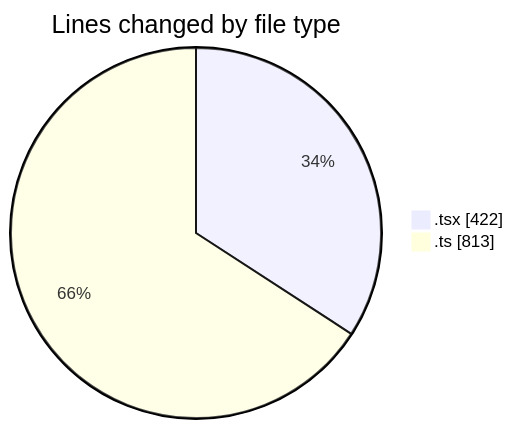
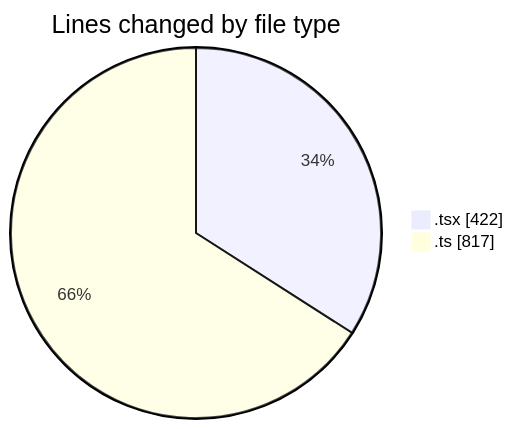
One commit to nxtqubesakshisongat/code-tracking changed the first of 2 diagrams in 2026-02-05/nxtqube_webapp/README.md. Above: the diagram before and after it, drawn with Mermaid. The commit also changed other lines of this file and 1 other file, not shown here.

````diff
--- a/2026-02-05/nxtqube_webapp/README.md
+++ b/2026-02-05/nxtqube_webapp/README.md
@@ -25,6 +25,6 @@
 ```mermaid
 pie showData
 title Lines changed by file type
 ".tsx" : 422
-".ts" : 813
+".ts" : 817
 ```
````
